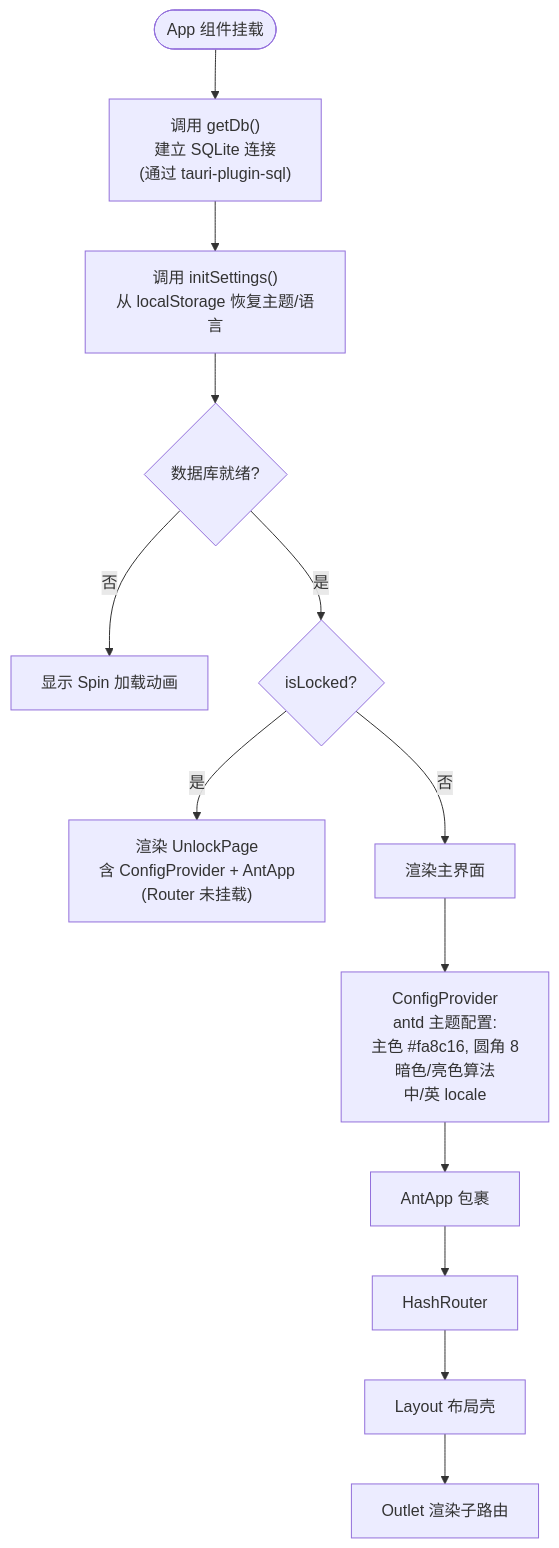
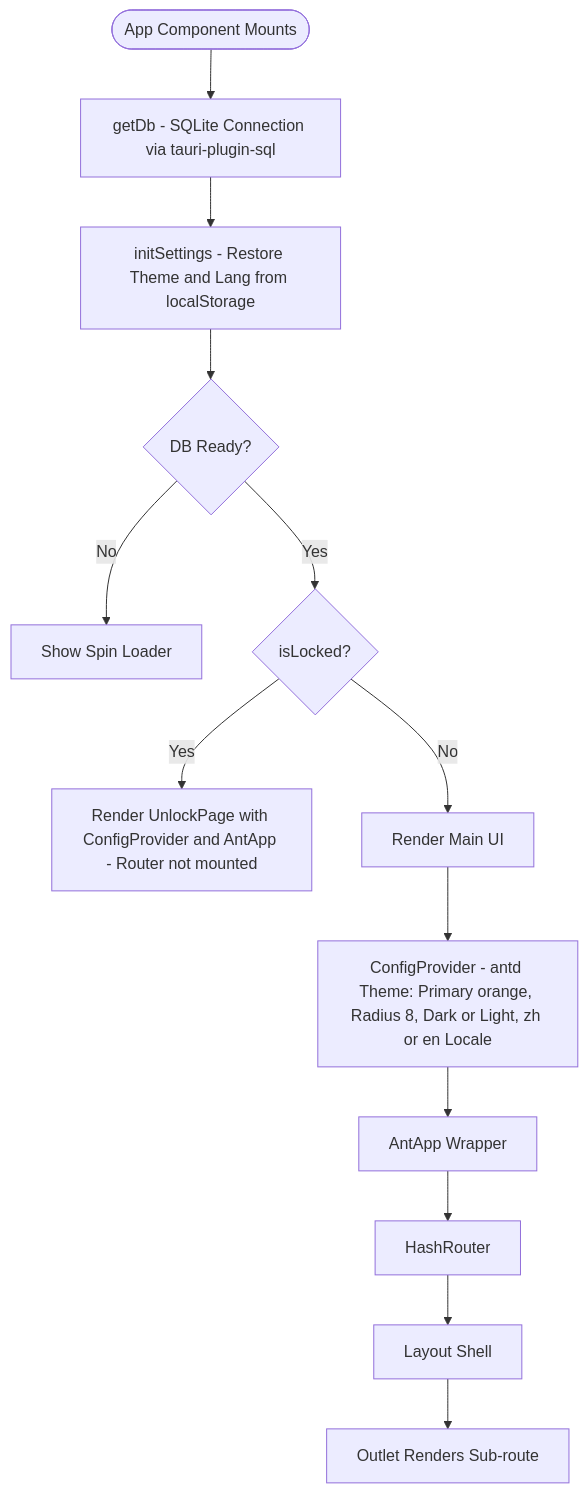
The fifth of 12 diagrams in docs/ARCHITECTURE.md (kindywu/task-manager), drawn with Mermaid before and after one commit. The commit also changed other lines of this file and 1 other file, not shown here.

````diff
--- a/docs/ARCHITECTURE.md
+++ b/docs/ARCHITECTURE.md
@@ -595,18 +643,18 @@
 ```mermaid
 flowchart TD
-    APP_START([App 组件挂载]) --> INIT_DB["调用 getDb()<br/>建立 SQLite 连接<br/>(通过 tauri-plugin-sql)"]
-    INIT_DB --> INIT_SET["调用 initSettings()<br/>从 localStorage 恢复主题/语言"]
-    INIT_SET --> DB_READY{数据库就绪?}
+    APP_START(["App Component Mounts"]) --> INIT_DB["getDb - SQLite Connection via tauri-plugin-sql"]
+    INIT_DB --> INIT_SET["initSettings - Restore Theme and Lang from localStorage"]
+    INIT_SET --> DB_READY{"DB Ready?"}
 
-    DB_READY -->|否| SPINNER[显示 Spin 加载动画]
-    DB_READY -->|是| LOCKED{isLocked?}
+    DB_READY -->|No| SPINNER["Show Spin Loader"]
+    DB_READY -->|Yes| LOCKED{isLocked?}
 
-    LOCKED -->|是| UNLOCK["渲染 UnlockPage<br/>含 ConfigProvider + AntApp<br/>(Router 未挂载)"]
-    LOCKED -->|否| MAIN[渲染主界面]
+    LOCKED -->|Yes| UNLOCK["Render UnlockPage with ConfigProvider and AntApp - Router not mounted"]
+    LOCKED -->|No| MAIN["Render Main UI"]
 
-    MAIN --> CP["ConfigProvider<br/>antd 主题配置:<br/>主色 #fa8c16, 圆角 8<br/>暗色/亮色算法<br/>中/英 locale"]
-    CP --> AA[AntApp 包裹]
+    MAIN --> CP["ConfigProvider - antd Theme: Primary orange, Radius 8, Dark or Light, zh or en Locale"]
+    CP --> AA["AntApp Wrapper"]
     AA --> ROUTER[HashRouter]
-    ROUTER --> LAYOUT[Layout 布局壳]
-    LAYOUT --> OUTLET[Outlet 渲染子路由]
+    ROUTER --> LAYOUT["Layout Shell"]
+    LAYOUT --> OUTLET["Outlet Renders Sub-route"]
 ```
````
